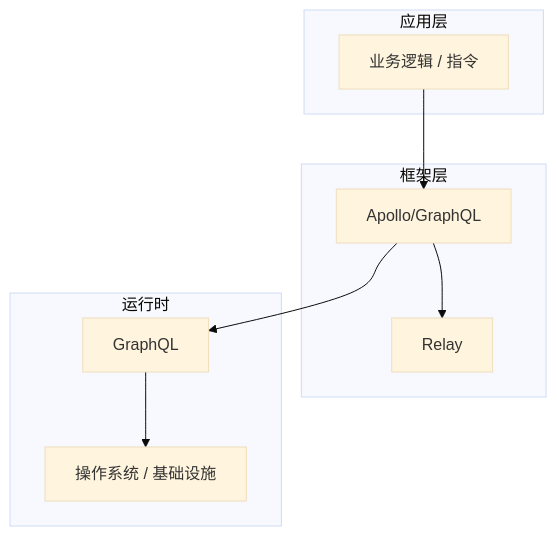
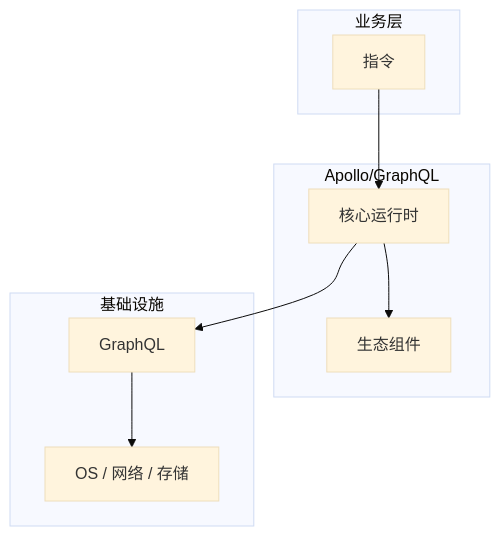
One commit to yanggan2015/knowledge-json-v2 changed the diagram in articles/GraphQL/chapters/033-指令核心概念与原理.md. Above: the diagram before and after it, drawn with Mermaid (base theme). The commit also changed other lines of this file and 10127 other files, not shown here.

````diff
--- a/articles/GraphQL/chapters/033-指令核心概念与原理.md
+++ b/articles/GraphQL/chapters/033-指令核心概念与原理.md
@@ -45,18 +34,18 @@
 ```mermaid
 graph TB
-    subgraph 应用层
-        A[业务逻辑 / 指令]
+    subgraph 业务层
+        A[指令]
     end
-    subgraph 框架层
-        B[Apollo/GraphQL]
-        C[Relay]
+    subgraph Apollo/GraphQL
+        B[核心运行时]
+        C[生态组件]
     end
-    subgraph 运行时
+    subgraph 基础设施
         D[GraphQL]
-        E[操作系统 / 基础设施]
+        E[OS / 网络 / 存储]
     end
     A --> B
     B --> C
     B --> D
     D --> E
 ```
````
